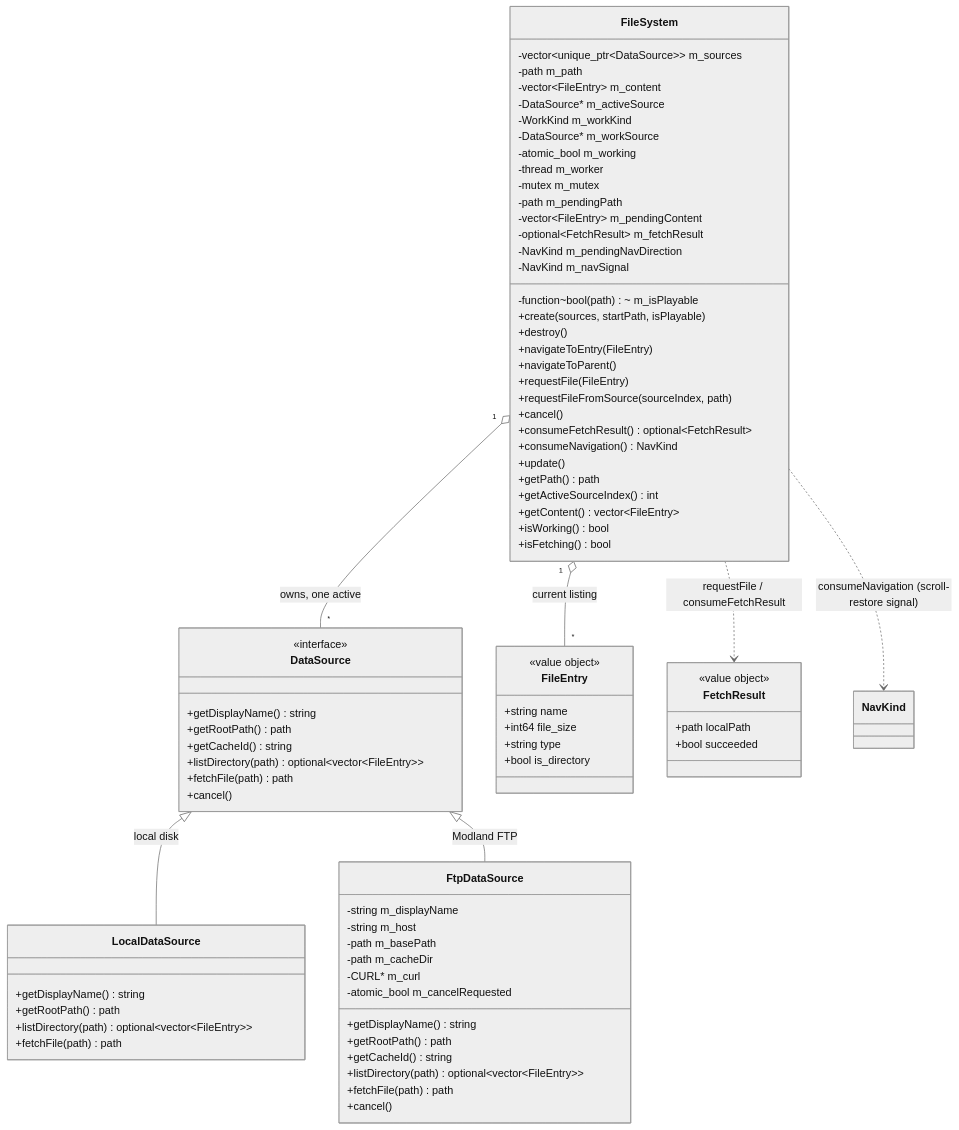
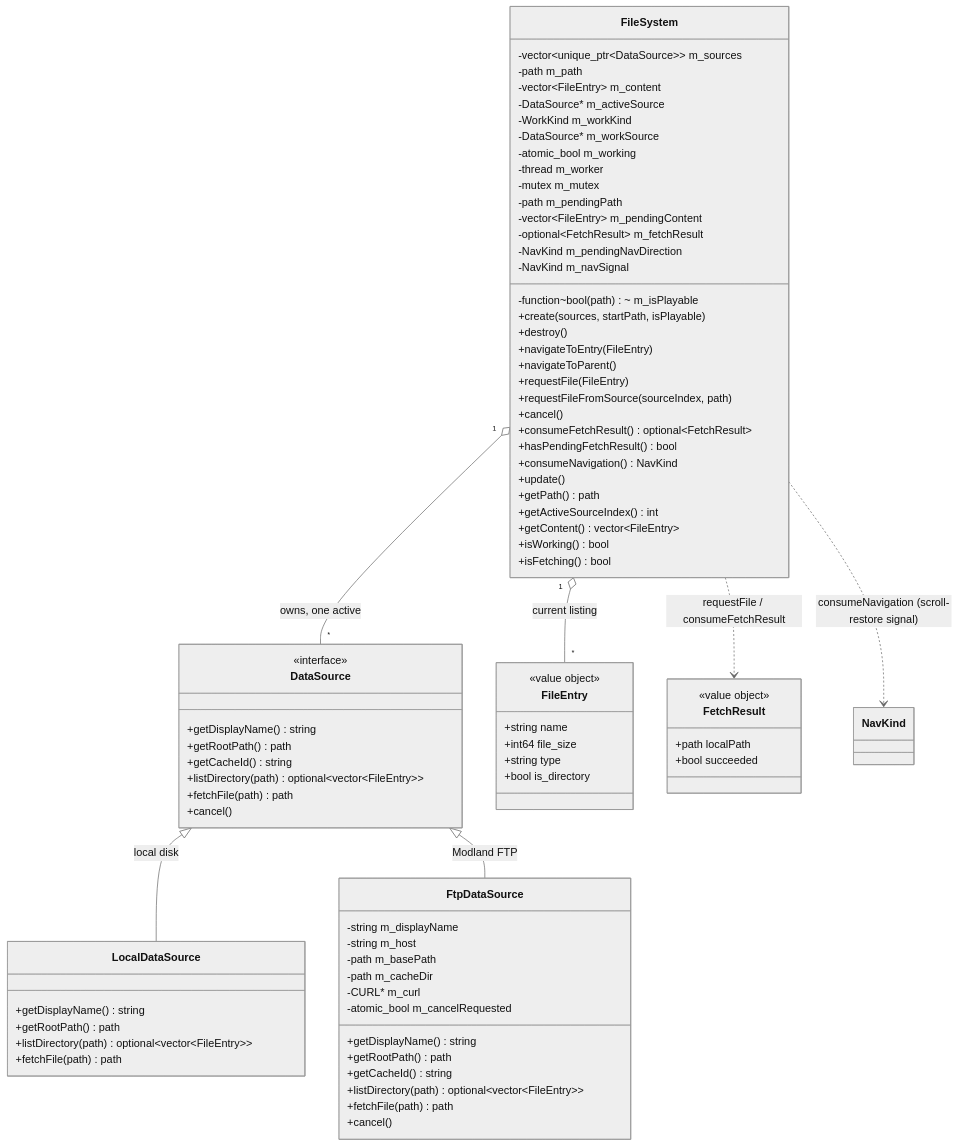
The diagram in docs/filesystem.md (notnotme/osp2), drawn with Mermaid (neutral theme) before and after one commit. The commit also changed other lines of this file and 6 other files, not shown here.

```diff
--- a/docs/filesystem.md
+++ b/docs/filesystem.md
@@ -70,6 +70,7 @@
         +requestFileFromSource(sourceIndex, path)
         +cancel()
         +consumeFetchResult() optional~FetchResult~
+        +hasPendingFetchResult() bool
         +consumeNavigation() NavKind
         +update()
         +getPath() path
```
